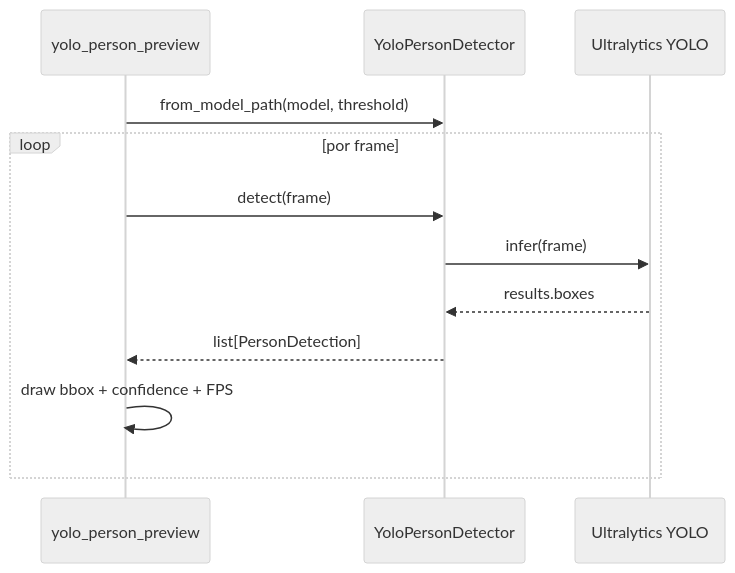
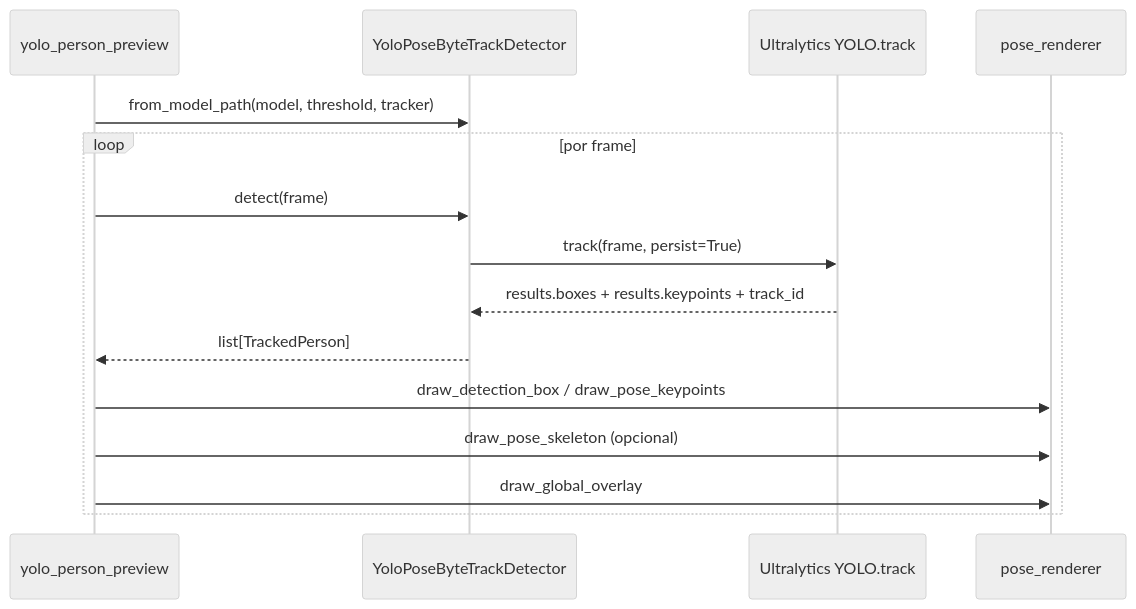
The second of 3 diagrams in docs/c4/c4_codigo.md (torrescristian/vision), drawn with Mermaid (neutral theme) before and after one commit. The commit also changed other lines of this file and 27 other files, not shown here.

Commit message:
feat: using yolo pose

````diff
--- a/docs/c4/c4_codigo.md
+++ b/docs/c4/c4_codigo.md
@@ -38,15 +38,18 @@
 ```mermaid
 sequenceDiagram
     participant Preview as yolo_person_preview
-    participant Detector as YoloPersonDetector
-    participant Model as Ultralytics YOLO
+    participant Detector as YoloPoseByteTrackDetector
+    participant Model as Ultralytics YOLO.track
+    participant Render as pose_renderer
 
-    Preview->>Detector: from_model_path(model, threshold)
+    Preview->>Detector: from_model_path(model, threshold, tracker)
     loop por frame
         Preview->>Detector: detect(frame)
-        Detector->>Model: infer(frame)
-        Model-->>Detector: results.boxes
-        Detector-->>Preview: list[PersonDetection]
-        Preview->>Preview: draw bbox + confidence + FPS
+        Detector->>Model: track(frame, persist=True)
+        Model-->>Detector: results.boxes + results.keypoints + track_id
+        Detector-->>Preview: list[TrackedPerson]
+        Preview->>Render: draw_detection_box / draw_pose_keypoints
+        Preview->>Render: draw_pose_skeleton (opcional)
+        Preview->>Render: draw_global_overlay
     end
 ```
````
